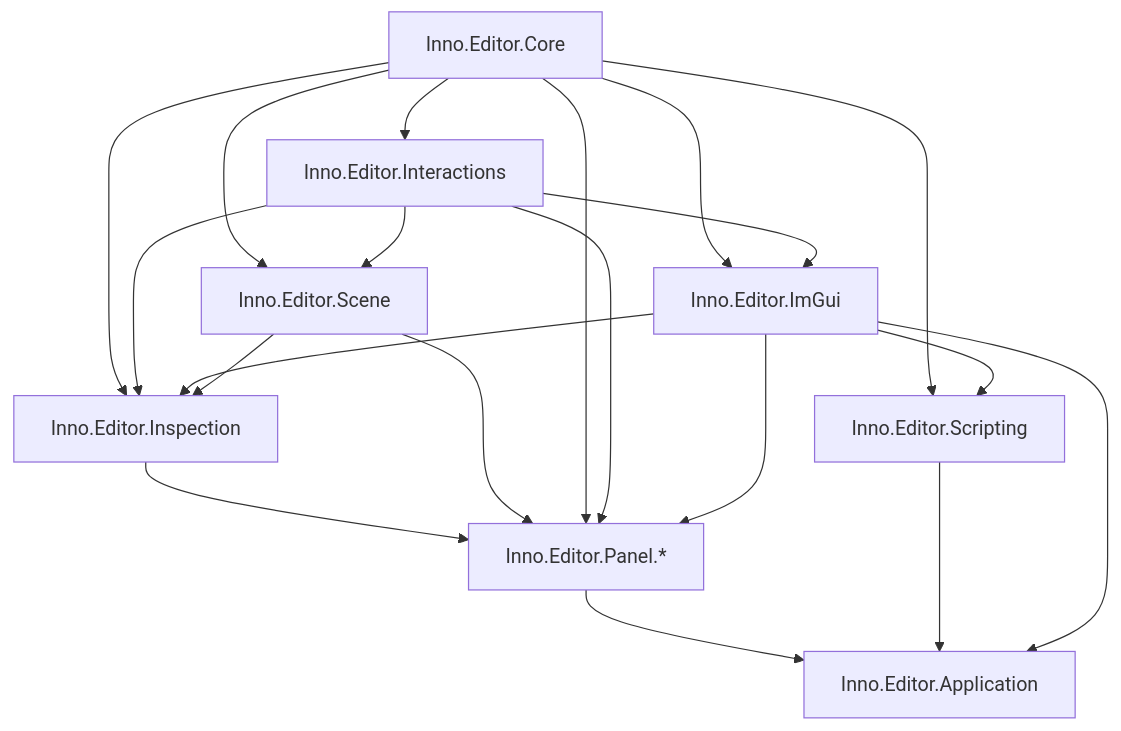
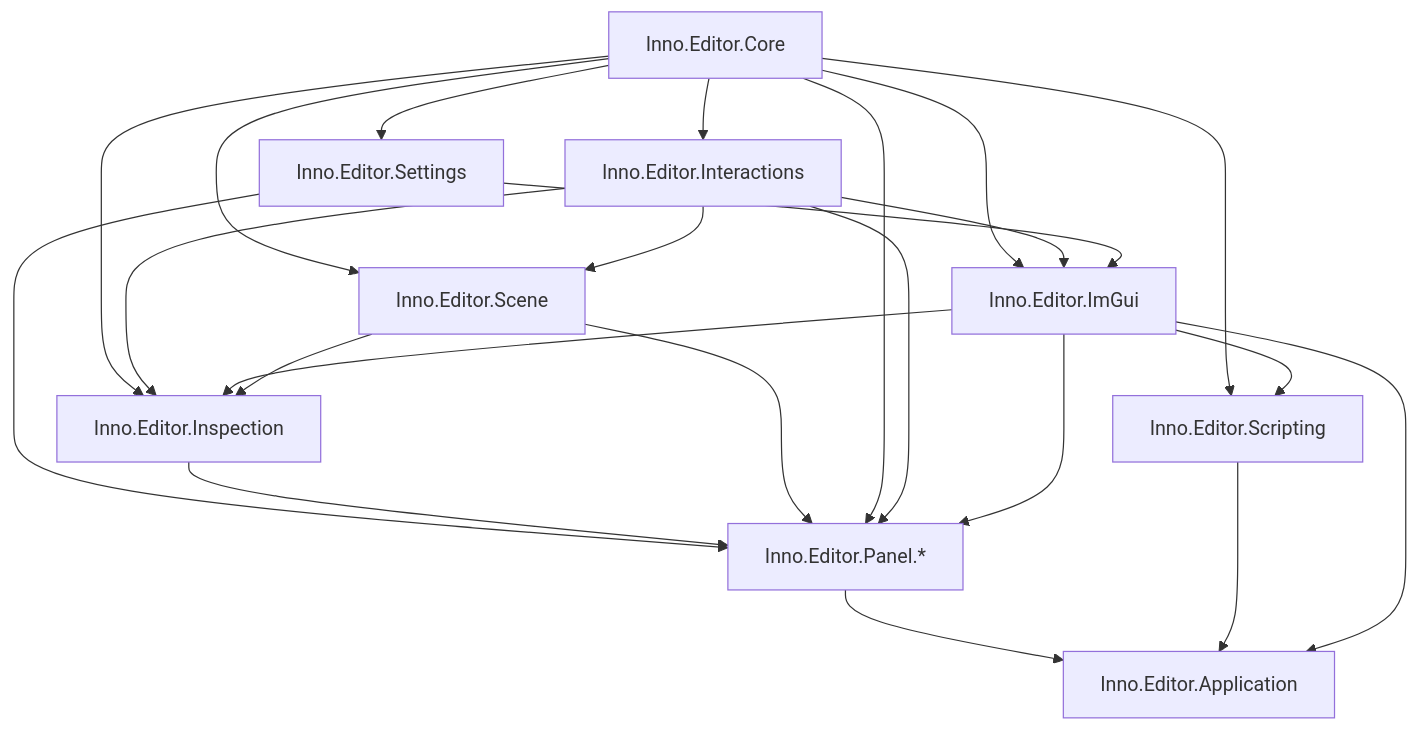
The diagram in docs/editor/README.md (FLwolfy/InnoEngine), drawn with Mermaid before and after one commit. The commit also changed other lines of this file and 166 other files, not shown here.

````diff
--- a/docs/editor/README.md
+++ b/docs/editor/README.md
@@ -26,22 +29,25 @@
 ```mermaid
 flowchart TD
     Core["Inno.Editor.Core"] --> Interactions["Inno.Editor.Interactions"]
     Core --> ImGui["Inno.Editor.ImGui"]
     Interactions --> ImGui
     Core --> Inspection["Inno.Editor.Inspection"]
     Interactions --> Inspection
     ImGui --> Inspection
     Core --> Scene["Inno.Editor.Scene"]
     Interactions --> Scene
+    Core --> Settings["Inno.Editor.Settings"]
+    Settings --> ImGui
+    Settings --> Panels
     Scene --> Inspection
     Inspection --> Panels
     Scene --> Panels["Inno.Editor.Panel.*"]
     Core --> Panels
     Interactions --> Panels
     ImGui --> Panels
     Core --> Scripting["Inno.Editor.Scripting"]
     ImGui --> Scripting
     Panels --> Application["Inno.Editor.Application"]
     Scripting --> Application
     ImGui --> Application
 ```
````
